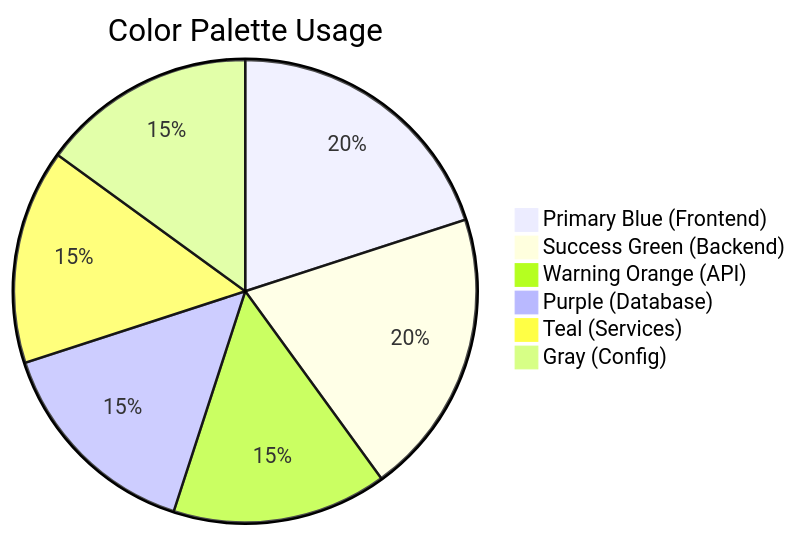
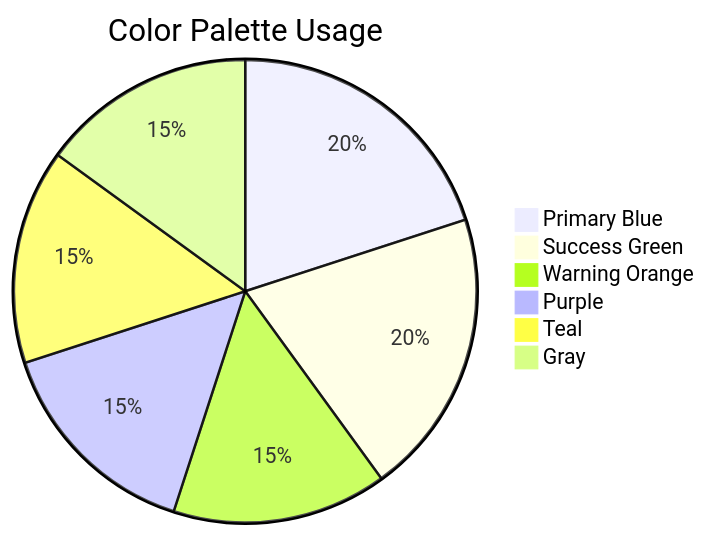
The eighth of 9 diagrams in README.md (OshiSharma1222/Codelore), drawn with Mermaid before and after one commit. The commit also changed other lines of this file and 1 other file, not shown here.

````diff
--- a/README.md
+++ b/README.md
@@ -407,9 +407,9 @@
 ```mermaid
 pie title Color Palette Usage
-    "Primary Blue (Frontend)" : 20
-    "Success Green (Backend)" : 20
-    "Warning Orange (API)" : 15
-    "Purple (Database)" : 15
-    "Teal (Services)" : 15
-    "Gray (Config)" : 15
+    "Primary Blue" : 20
+    "Success Green" : 20
+    "Warning Orange" : 15
+    "Purple" : 15
+    "Teal" : 15
+    "Gray" : 15
 ```
````
